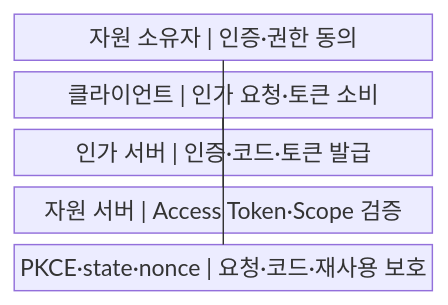
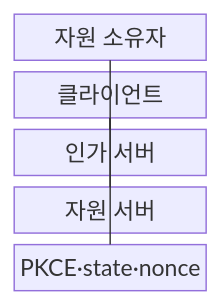
The first of 2 diagrams in src/content/docs/notes/03-software/174_oauth2_oidc.md (agnusdei1207/knowledge-base), drawn with Mermaid before and after one commit. The commit also changed other lines of this file and 238 other files, not shown here.

````diff
--- a/src/content/docs/notes/03-software/174_oauth2_oidc.md
+++ b/src/content/docs/notes/03-software/174_oauth2_oidc.md
@@ -57,13 +57,13 @@
 ```mermaid
-block
+block-beta
     columns 1
-    A["자원 소유자 | 인증·권한 동의"]
-    B["클라이언트 | 인가 요청·토큰 소비"]
-    C["인가 서버 | 인증·코드·토큰 발급"]
-    D["자원 서버 | Access Token·Scope 검증"]
-    E["PKCE·state·nonce | 요청·코드·재사용 보호"]
+    A["자원 소유자"]
+    B["클라이언트"]
+    C["인가 서버"]
+    D["자원 서버"]
+    E["PKCE·state·nonce"]
     A --- C
     B --- C
     B --- D
     B --- E
 ```
````
